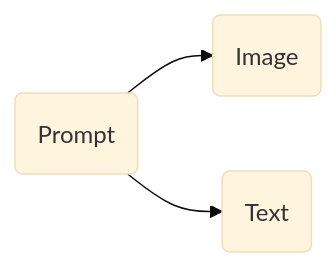
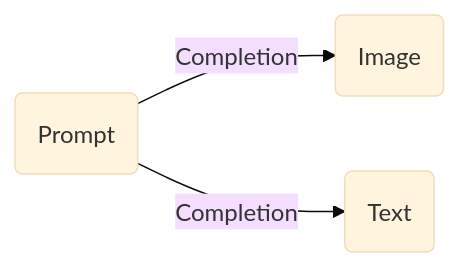
The second of 3 diagrams in vision-models.md (msalemor/llm-use-cases), drawn with Mermaid (base theme) before and after one commit. The commit also changed other lines of this file, not shown here.

Commit message:
Image services

````diff
--- a/vision-models.md
+++ b/vision-models.md
@@ -31,5 +31,5 @@
 ```mermaid
 graph LR;
-  P(Prompt)-->I(Image);
-  P-->T(Text);
+  P(Prompt)--Completion-->I(Image);
+  P--Completion-->T(Text);
 ```
````
